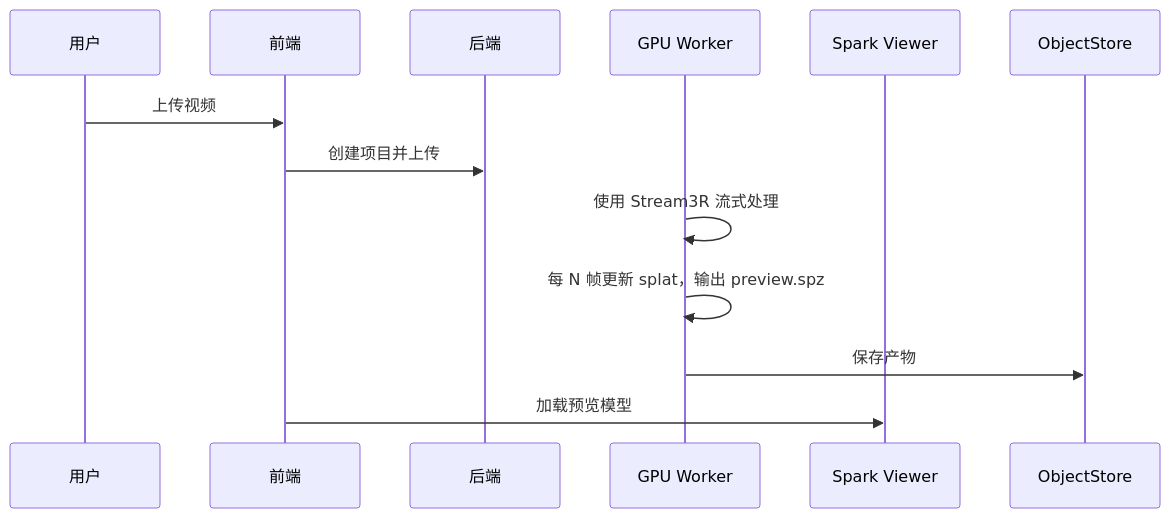
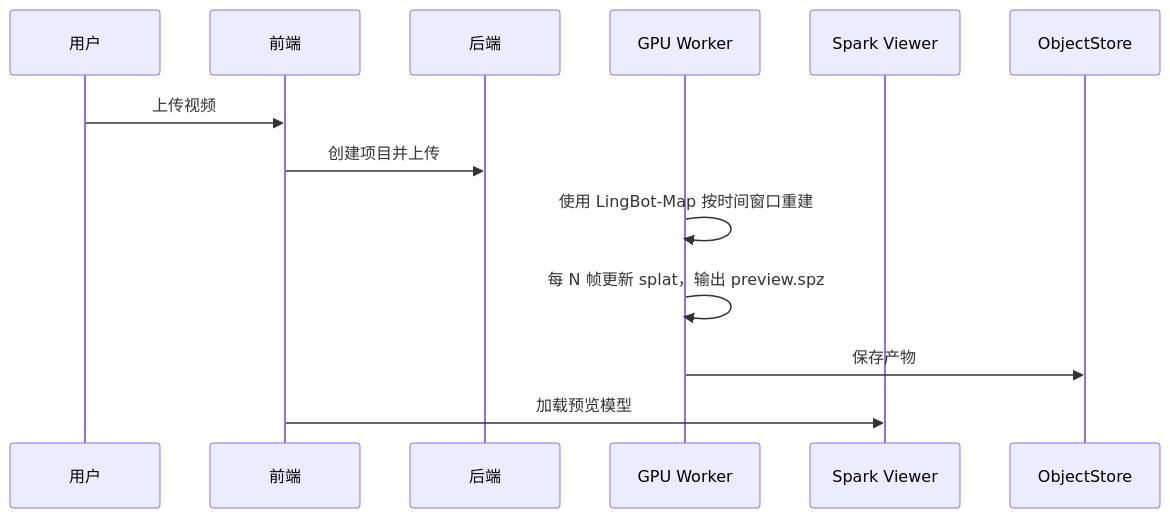
Before and after one commit to Braveliu66/codenew: the third of 4 diagrams in system.md, drawn with Mermaid. The commit also changed other lines of this file and 39 other files, not shown here.

````diff
--- a/system.md
+++ b/system.md
@@ -172,15 +172,15 @@
 ```mermaid
 sequenceDiagram
     participant U as 用户
     participant FE as 前端
     participant API as 后端
     participant W as GPU Worker
     participant V as Spark Viewer
 
     U->>FE: 上传视频
     FE->>API: 创建项目并上传
-    W->>W: 使用 Stream3R 流式处理
+    W->>W: 使用 LingBot-Map 按时间窗口重建
     W->>W: 每 N 帧更新 splat，输出 preview.spz
     W->>ObjectStore: 保存产物
     FE->>V: 加载预览模型
 ```
````
